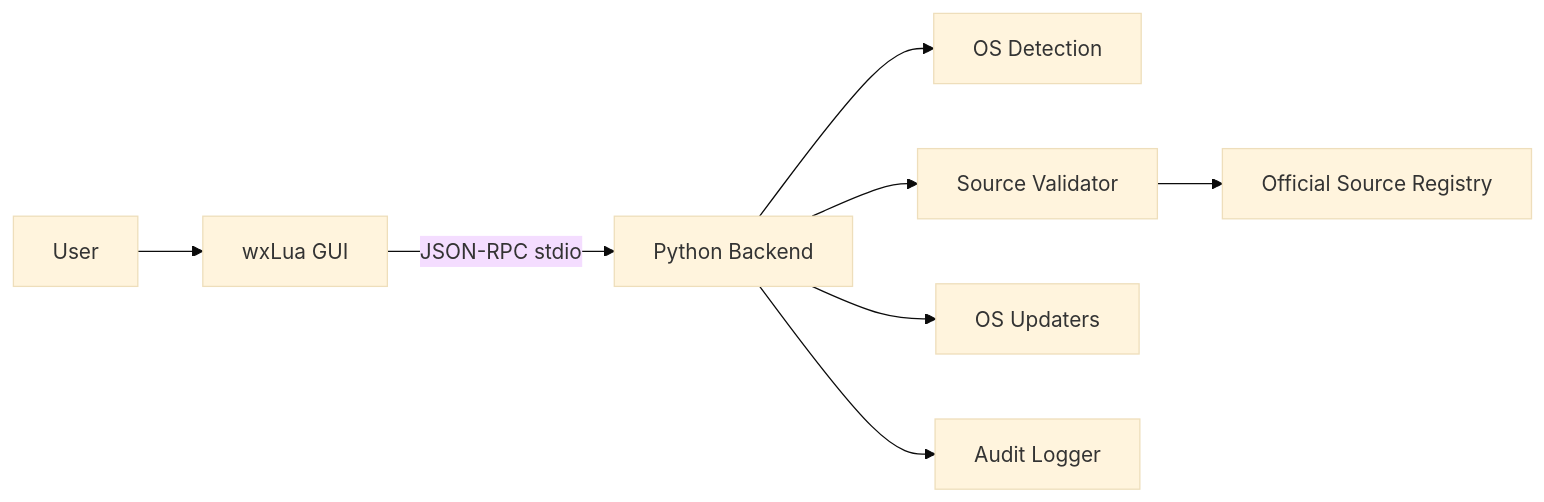
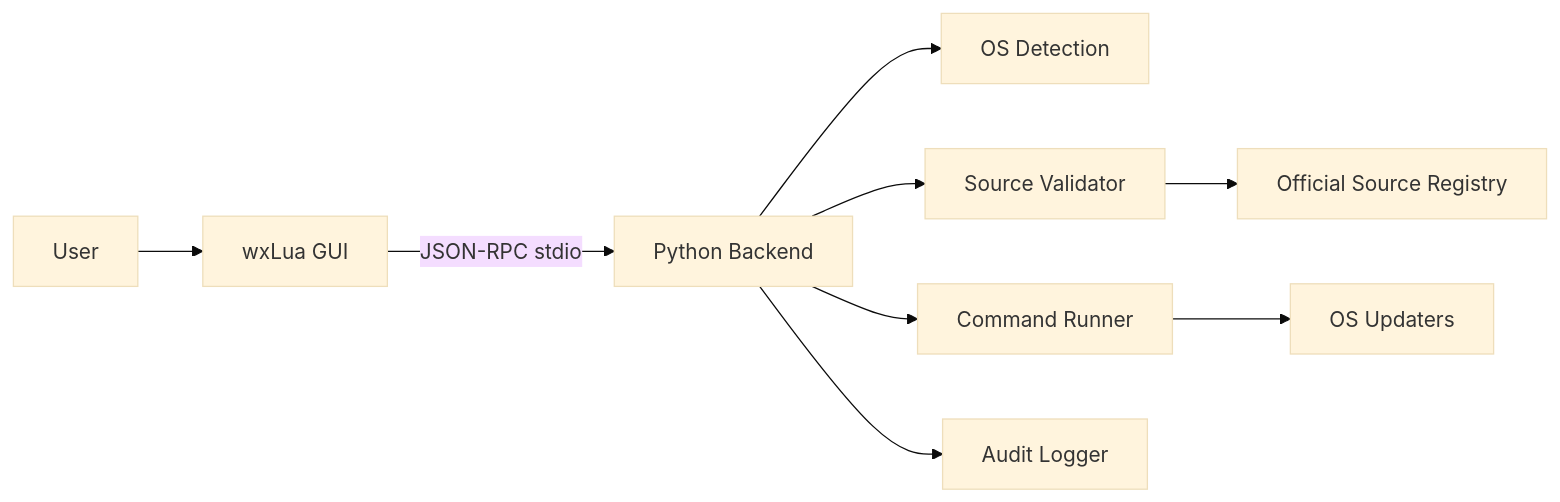
Before and after one commit to mnbreno/veripatch: the diagram in docs/ARCHITECTURE.md, drawn with Mermaid (base theme). The commit also changed other lines of this file and 58 other files, not shown here.

````diff
--- a/docs/ARCHITECTURE.md
+++ b/docs/ARCHITECTURE.md
@@ -7,10 +7,11 @@
 ```mermaid
 flowchart LR
   user[User] --> gui[wxLua GUI]
   gui -->|JSON-RPC stdio| backend[Python Backend]
   backend --> detect[OS Detection]
   backend --> validator[Source Validator]
   validator --> registry[Official Source Registry]
-  backend --> updaters[OS Updaters]
+  backend --> runner[Command Runner]
+  runner --> updaters[OS Updaters]
   backend --> audit[Audit Logger]
 ```
````
